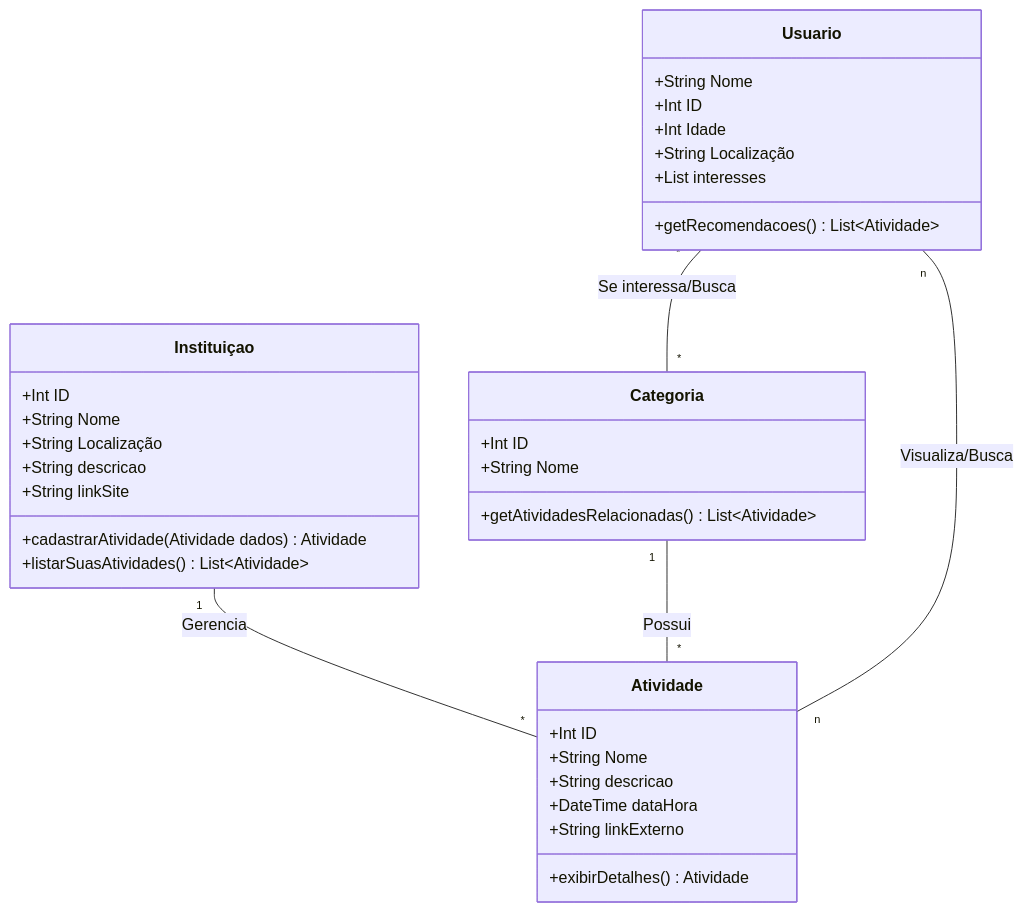
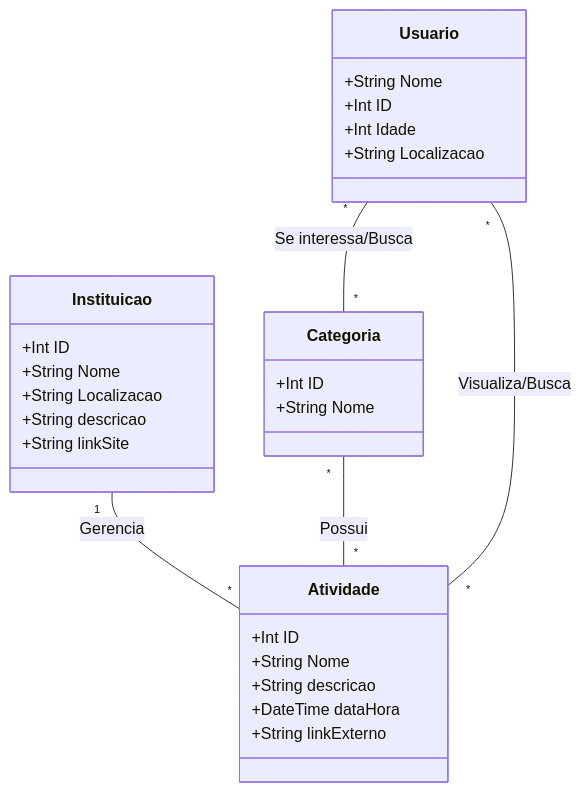
The diagram in Modelagem/Diagrama de classes de domínio.md (J-B-Works/Wisp), drawn with Mermaid before and after one commit. The commit also changed other lines of this file, not shown here.

Commit message:
feat: finish class/domain model diagram

````diff
--- a/Modelagem/Diagrama de classes de domínio.md
+++ b/Modelagem/Diagrama de classes de domínio.md
@@ -1,44 +3,34 @@
 ```mermaid
 
 classDiagram
-  class Usuario{
+  class Usuario {
       +String Nome
       +Int ID
       +Int Idade
-      +String Localização
-      +List interesses
-      %%----------------------
-      +getRecomendacoes() List~Atividade~
+      +String Localizacao
   }
-  class Instituiçao{
+  class Instituicao {
       +Int ID
       +String Nome
-      +String Localização
+      +String Localizacao
       +String descricao
       +String linkSite
-    %%----------------------
-      +cadastrarAtividade(Atividade dados) Atividade
-      +listarSuasAtividades() List~Atividade~
   }
-class Categoria{
+  class Categoria {
       +Int ID
       +String Nome
-      %%----------------------
-      +getAtividadesRelacionadas() List~Atividade~
   }
-class Atividade{
+  class Atividade {
       +Int ID
       +String Nome
       +String descricao
       +DateTime dataHora
       +String linkExterno
-      %%----------------------
-      +exibirDetalhes() Atividade
   }
 
-Instituiçao "1" -- "*" Atividade : Gerencia
-Categoria "1" -- "*" Atividade : Possui
-Usuario "*" -- "*" Categoria : Se interessa/Busca
-Usuario "n" -- "n" Atividade : Visualiza/Busca
+  Instituicao "1" -- "*" Atividade : Gerencia
+  Categoria "*" -- "*" Atividade : Possui
+  Usuario "*" -- "*" Categoria : Se interessa/Busca
+  Usuario "*" -- "*" Atividade : Visualiza/Busca
 
 ```
````
